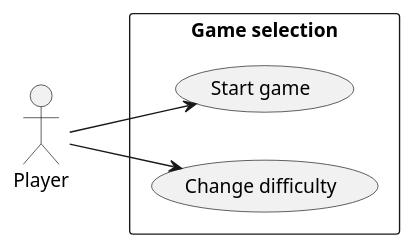
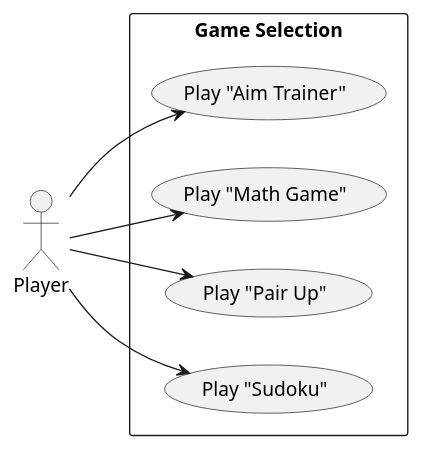
The diagram in Diagrams/use_case_game_selection.puml (Cryptic5/itsSoOverlief), drawn with PlantUML before and after one commit. The commit also changed 8 other files, not shown here.

Commit message:
updated use case diagrams

```diff
--- a/Diagrams/use_case_game_selection.puml
+++ b/Diagrams/use_case_game_selection.puml
@@ -1,12 +1,16 @@
 @startuml use_case_game_selection
 left to right direction
 :Player: as player
 
-rectangle "Game selection" as game_selection {
-   usecase "Start game" as start_game
-   usecase "Change difficulty" as change_difficulty
+rectangle "Game Selection" as game_selection {
+    usecase "Play <U+0022>Aim Trainer<U+0022>" as aim_trainer
+    usecase "Play <U+0022>Math Game<U+0022>" as math_game
+    usecase "Play <U+0022>Pair Up<U+0022>" as pair_up
+    usecase "Play <U+0022>Sudoku<U+0022>" as sudoku
 }
 
-player --> start_game
-player --> change_difficulty
+player --> aim_trainer
+player --> math_game
+player --> pair_up
+player --> sudoku
 @enduml
```
